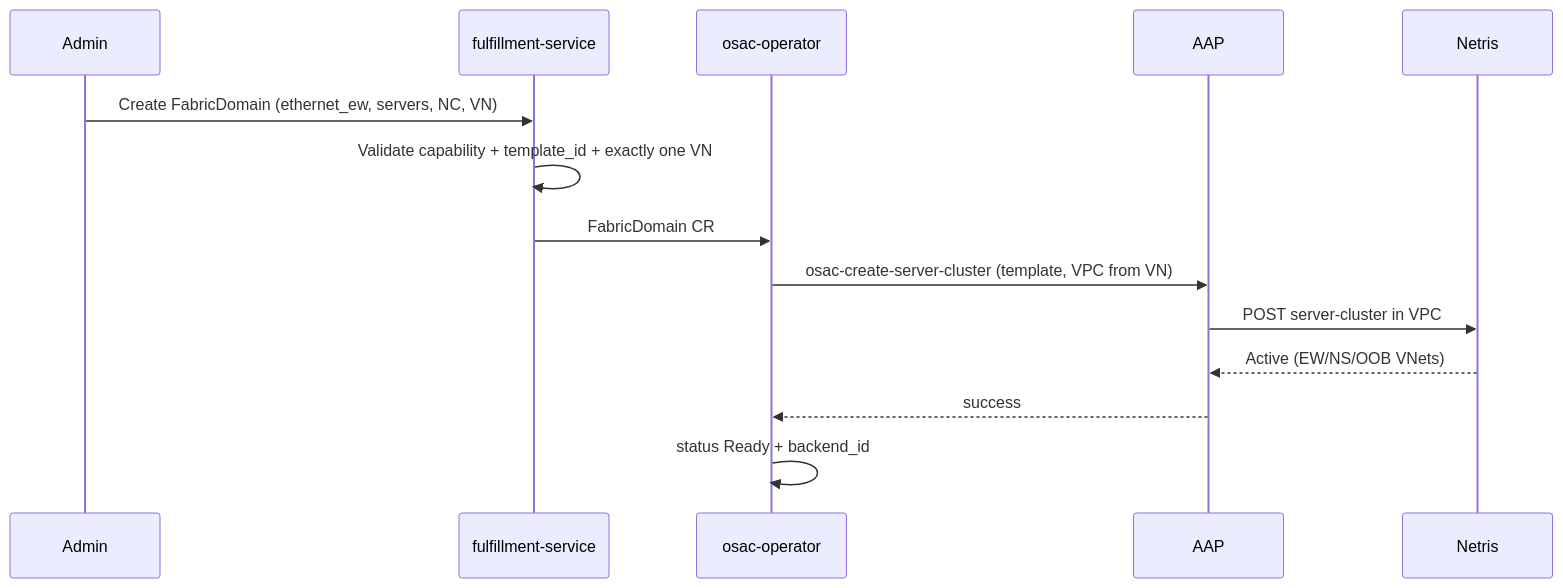
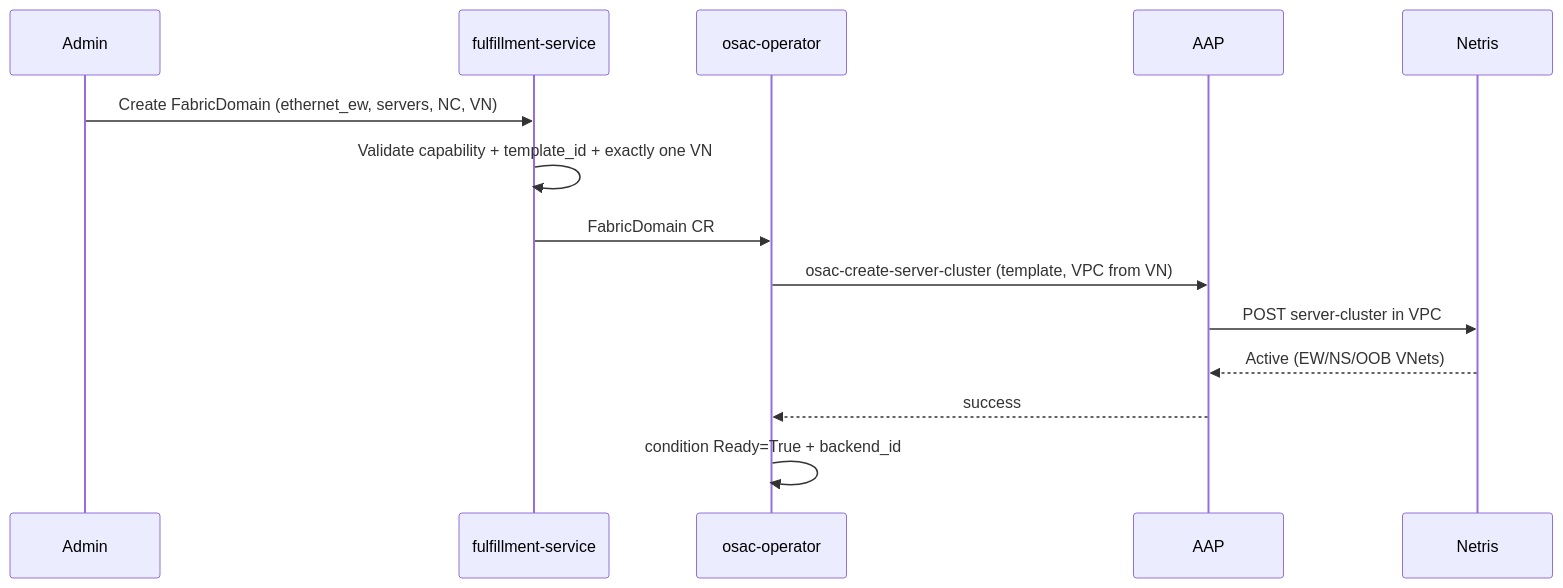
The diagram in enhancements/OSAC-1382-multi-fabric-east-west-networking/design.md (osac-project/enhancement-proposals), drawn with Mermaid before and after one commit. The commit also changed other lines of this file, not shown here.

````diff
--- a/enhancements/OSAC-1382-multi-fabric-east-west-networking/design.md
+++ b/enhancements/OSAC-1382-multi-fabric-east-west-networking/design.md
@@ -403,17 +407,17 @@
 ```mermaid
 sequenceDiagram
   participant Admin
   participant FS as fulfillment-service
   participant Op as osac-operator
   participant AAP
   participant Netris
 
   Admin->>FS: Create FabricDomain (ethernet_ew, servers, NC, VN)
   FS->>FS: Validate capability + template_id + exactly one VN
   FS->>Op: FabricDomain CR
   Op->>AAP: osac-create-server-cluster (template, VPC from VN)
   AAP->>Netris: POST server-cluster in VPC
   Netris-->>AAP: Active (EW/NS/OOB VNets)
   AAP-->>Op: success
-  Op->>Op: status Ready + backend_id
+  Op->>Op: condition Ready=True + backend_id
 ```
````
